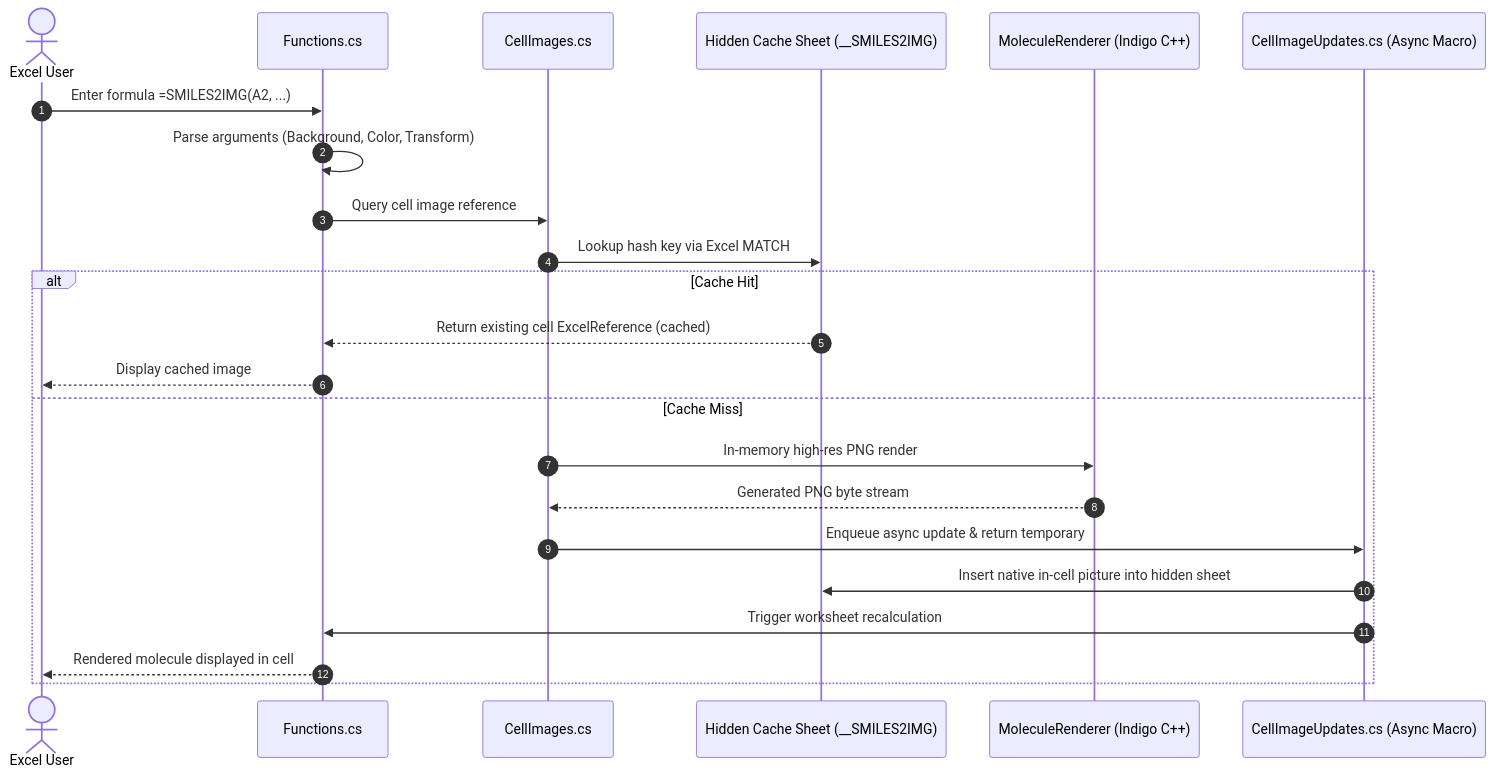
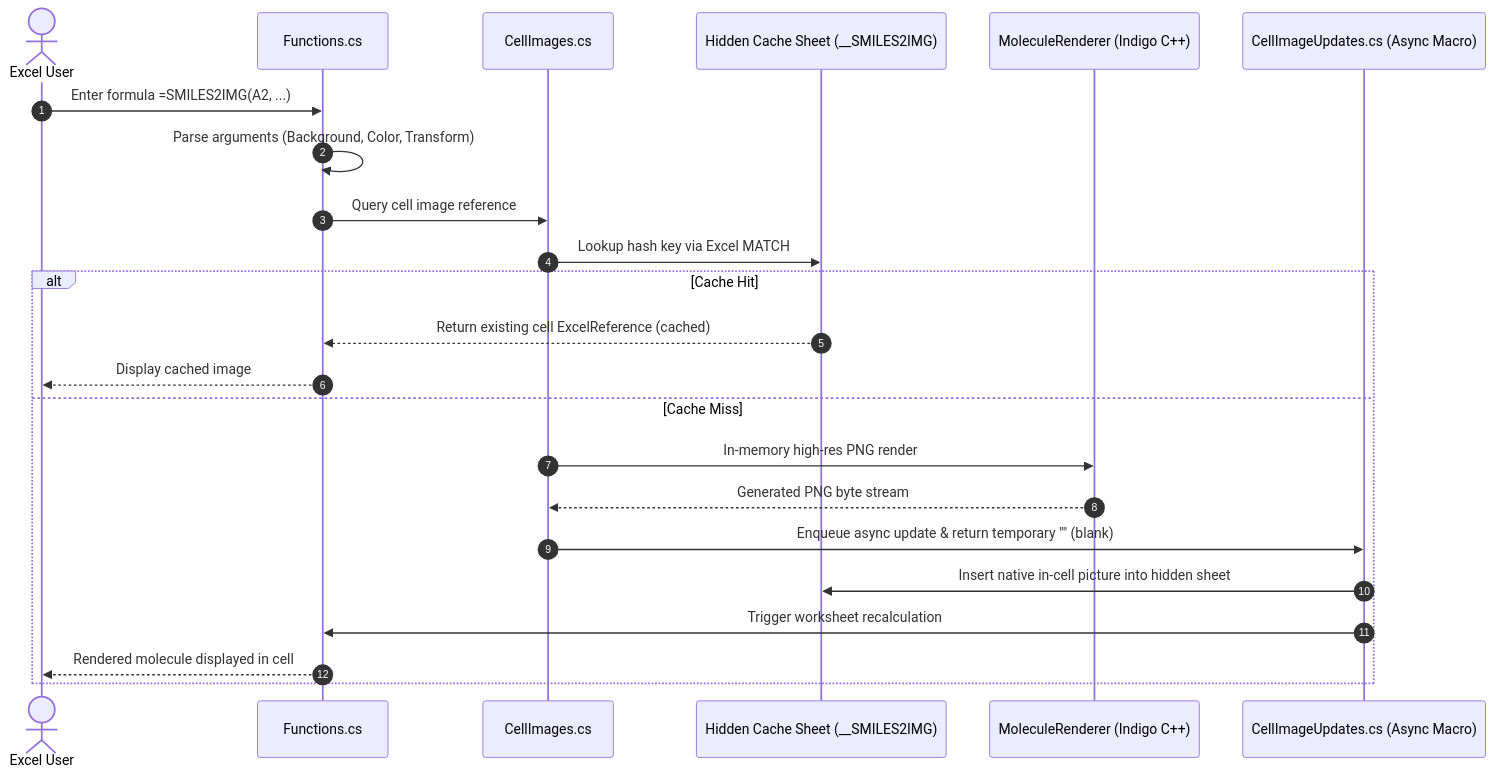
Before and after one commit to naramdash/func_SMILES2IMG: the diagram in README.md, drawn with Mermaid. The commit also changed other lines of this file and 292 other files, not shown here.

````diff
--- a/README.md
+++ b/README.md
@@ -64,26 +64,26 @@
 ```mermaid
 sequenceDiagram
     autonumber
     actor User as Excel User
     participant F as Functions.cs
     participant C as CellImages.cs
     participant Cache as Hidden Cache Sheet (__SMILES2IMG)
     participant R as MoleculeRenderer (Indigo C++)
     participant U as CellImageUpdates.cs (Async Macro)
 
     User->>F: Enter formula =SMILES2IMG(A2, ...)
     F->>F: Parse arguments (Background, Color, Transform)
     F->>C: Query cell image reference
     C->>Cache: Lookup hash key via Excel MATCH
     alt Cache Hit
         Cache-->>F: Return existing cell ExcelReference (cached)
         F-->>User: Display cached image
     else Cache Miss
         C->>R: In-memory high-res PNG render
         R-->>C: Generated PNG byte stream
-        C->>U: Enqueue async update & return temporary #N/A
+        C->>U: Enqueue async update & return temporary "" (blank)
         U->>Cache: Insert native in-cell picture into hidden sheet
         U->>F: Trigger worksheet recalculation
         F-->>User: Rendered molecule displayed in cell
     end
 ```
````
